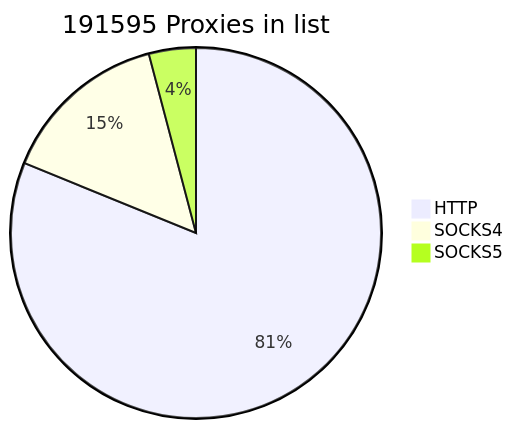
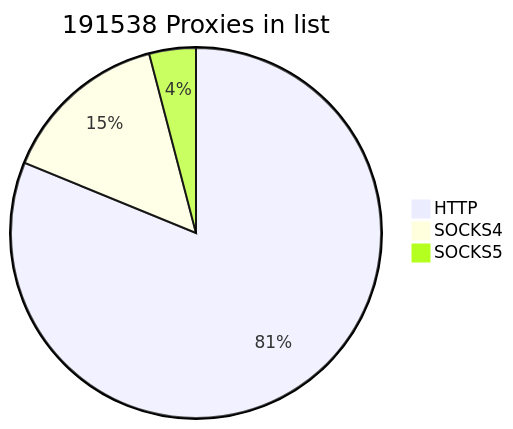
The first of 2 diagrams in README.md (cutipu/proxylist), drawn with Mermaid before and after one commit. The commit also changed other lines of this file, not shown here.

````diff
--- a/README.md
+++ b/README.md
@@ -2,7 +2,7 @@
 ```mermaid
-pie title 191595 Proxies in list
-    "HTTP" : 155501
-    "SOCKS4" : 28237
-    "SOCKS5" : 7857
+pie title 191538 Proxies in list
+    "HTTP" : 155503
+    "SOCKS4" : 28238
+    "SOCKS5" : 7797
             
 ```
````
